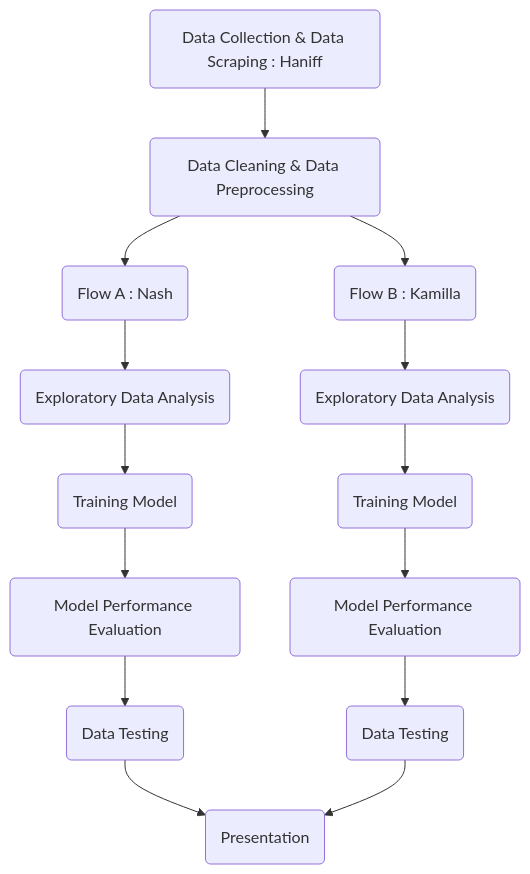
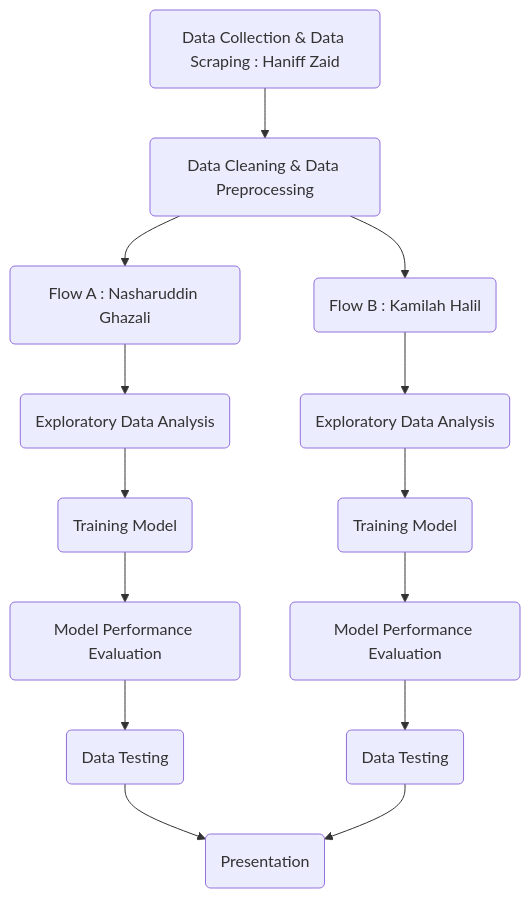
One commit to kameerahariru/KoNoHa-Property changed the second of 2 diagrams in README.md. Above: the diagram before and after it, drawn with Mermaid. The commit also changed other lines of this file, not shown here.

````diff
--- a/README.md
+++ b/README.md
@@ -146,16 +146,16 @@
 ```mermaid
 graph TD;
-    A(Data Collection & Data Scraping : Haniff)-->B(Data Cleaning & Data Preprocessing);
-    B-->C(Flow A : Nash);
-    B-->D(Flow B : Kamilla);
+    A(Data Collection & Data Scraping : Haniff Zaid)-->B(Data Cleaning & Data Preprocessing);
+    B-->C(Flow A : Nasharuddin Ghazali);
+    B-->D(Flow B : Kamilah Halil);
     C-->E(Exploratory Data Analysis)
     E-->F(Training Model)
     F-->G(Model Performance Evaluation)
     G-->H(Data Testing)
     D-->J(Exploratory Data Analysis)
     J-->K(Training Model)
     K-->L(Model Performance Evaluation)
     L-->M(Data Testing)
     H-->I(Presentation)
     M-->I
 ```
````
